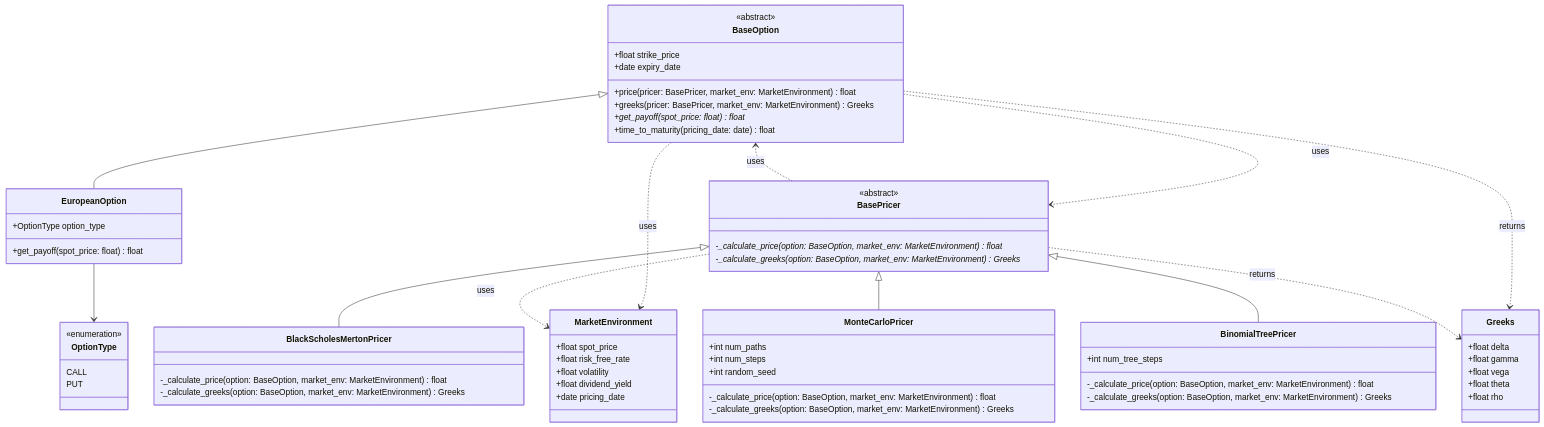
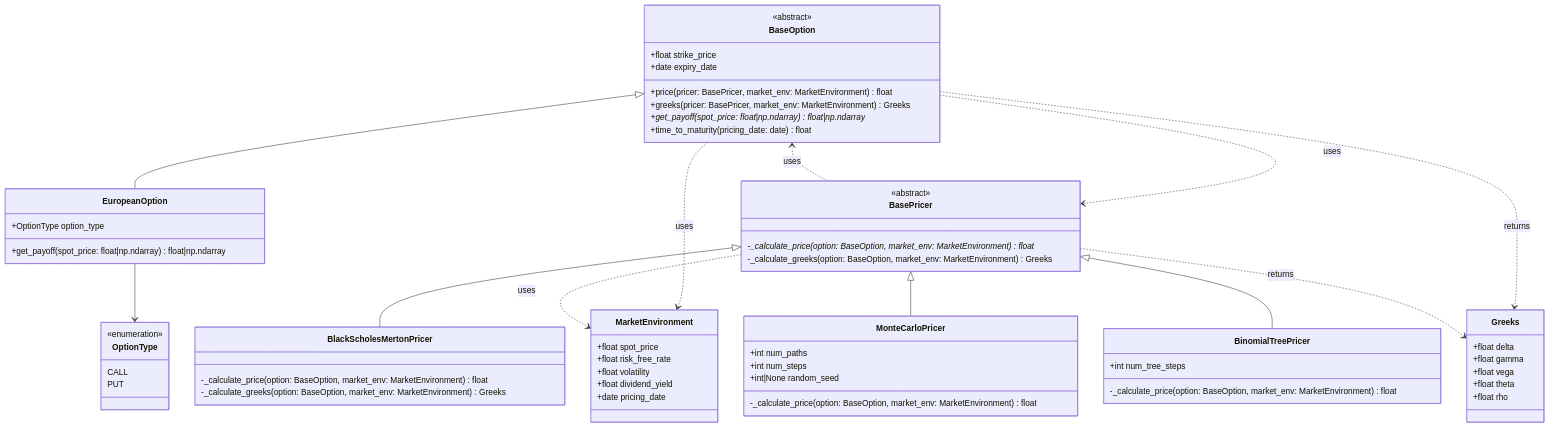
One commit to kristyna-create/option-pricing-library changed the diagram in README.md. Above: the diagram before and after it, drawn with Mermaid. The commit also changed 12 other files, not shown here.

Commit message:
Implemented Monte Carlo pricer, wrote tests, and changed get_payoff to allow for ndarrays, refactored binomial tree accordingly.

````diff
--- a/README.md
+++ b/README.md
@@ -16,82 +16,80 @@
 ```mermaid
 classDiagram
     class BaseOption {
         <<abstract>>
         +float strike_price
         +date expiry_date
         +price(pricer: BasePricer, market_env: MarketEnvironment) float
         +greeks(pricer: BasePricer, market_env: MarketEnvironment) Greeks
-        +get_payoff(spot_price: float)* float
+        +get_payoff(spot_price: float|np.ndarray)* float|np.ndarray
         +time_to_maturity(pricing_date: date) float
 
     }
 
 class OptionType {
     <<enumeration>>
     CALL 
     PUT
 }    
 
 class EuropeanOption {
     +OptionType option_type
-    +get_payoff(spot_price: float) float
+    +get_payoff(spot_price: float|np.ndarray) float|np.ndarray
 }
 
 BaseOption <|-- EuropeanOption
 EuropeanOption --> OptionType
 
 class MarketEnvironment {
     +float spot_price
     +float risk_free_rate
     +float volatility
     +float dividend_yield
     +date pricing_date
 }
 
 class Greeks {
     +float delta
     +float gamma
     +float vega
     +float theta
     +float rho
 }
 
 class BasePricer {
     <<abstract>>
     -_calculate_price(option: BaseOption, market_env: MarketEnvironment)* float
-    -_calculate_greeks(option: BaseOption, market_env: MarketEnvironment)* Greeks
+    -_calculate_greeks(option: BaseOption, market_env: MarketEnvironment) Greeks
 }
 
 class BlackScholesMertonPricer {
     -_calculate_price(option: BaseOption, market_env: MarketEnvironment) float
     -_calculate_greeks(option: BaseOption, market_env: MarketEnvironment) Greeks    
 }
 
 BasePricer <|-- BlackScholesMertonPricer
 
 class MonteCarloPricer {
     +int num_paths
     +int num_steps
-    +int random_seed
+    +int|None random_seed
     -_calculate_price(option: BaseOption, market_env: MarketEnvironment) float
-    -_calculate_greeks(option: BaseOption, market_env: MarketEnvironment) Greeks
 }
 
 BasePricer <|-- MonteCarloPricer
 
 class BinomialTreePricer {
     +int num_tree_steps
     -_calculate_price(option: BaseOption, market_env: MarketEnvironment) float
-    -_calculate_greeks(option: BaseOption, market_env: MarketEnvironment) Greeks
 }
 
 BasePricer <|-- BinomialTreePricer
 
 BaseOption ..> BasePricer : uses
 BaseOption ..> MarketEnvironment : uses 
 BaseOption ..> Greeks : returns 
 
 BasePricer ..> BaseOption : uses 
 BasePricer ..> MarketEnvironment : uses 
 BasePricer ..> Greeks : returns
 ```
````
